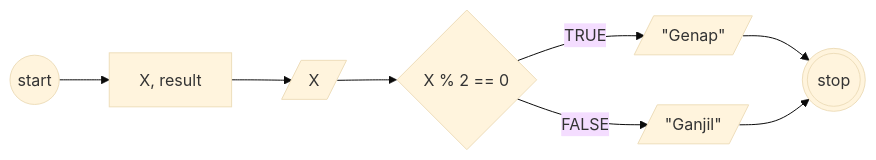
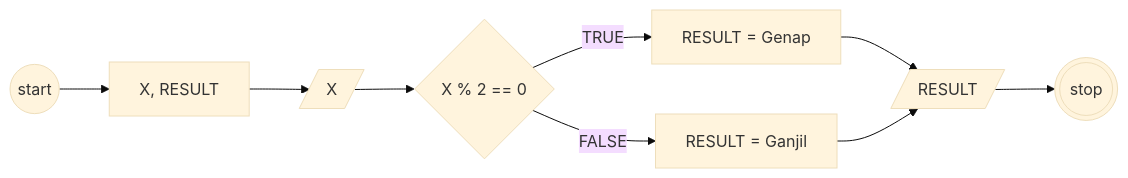
One commit to yusufbahtiarr/fgo24-algoritma changed the second of 2 diagrams in algoritma-mititask-bilanganganjil-genap.md. Above: the diagram before and after it, drawn with Mermaid (base theme).

````diff
--- a/algoritma-mititask-bilanganganjil-genap.md
+++ b/algoritma-mititask-bilanganganjil-genap.md
@@ -40,19 +40,21 @@
 ```mermaid
 flowchart LR
 
 a@{shape: circle, label: "start"}
-dk@{shape: rect, label: "X, result"}
+dk@{shape: rect, label: "X, RESULT"}
 b@{shape: lean-r, label: "X"}
 c@{shape: diamond, label: "X % 2 == 0"}
-d@{shape: lean-r, label: '"Genap"'}
-e@{shape: lean-r, label: '"Ganjil"'}
+d@{shape: rect, label: "RESULT = Genap"}
+e@{shape: rect, label: "RESULT = Ganjil"}
+f@{shape: lean-r, label: RESULT}
 x@{shape: dbl-circ, label: "stop"}
 
 a --> dk
 dk --> b
 b --> c
 c --TRUE--> d
 c --FALSE--> e
-d --> x
-e --> x
+d --> f
+e --> f
+f --> x
 ```
````
